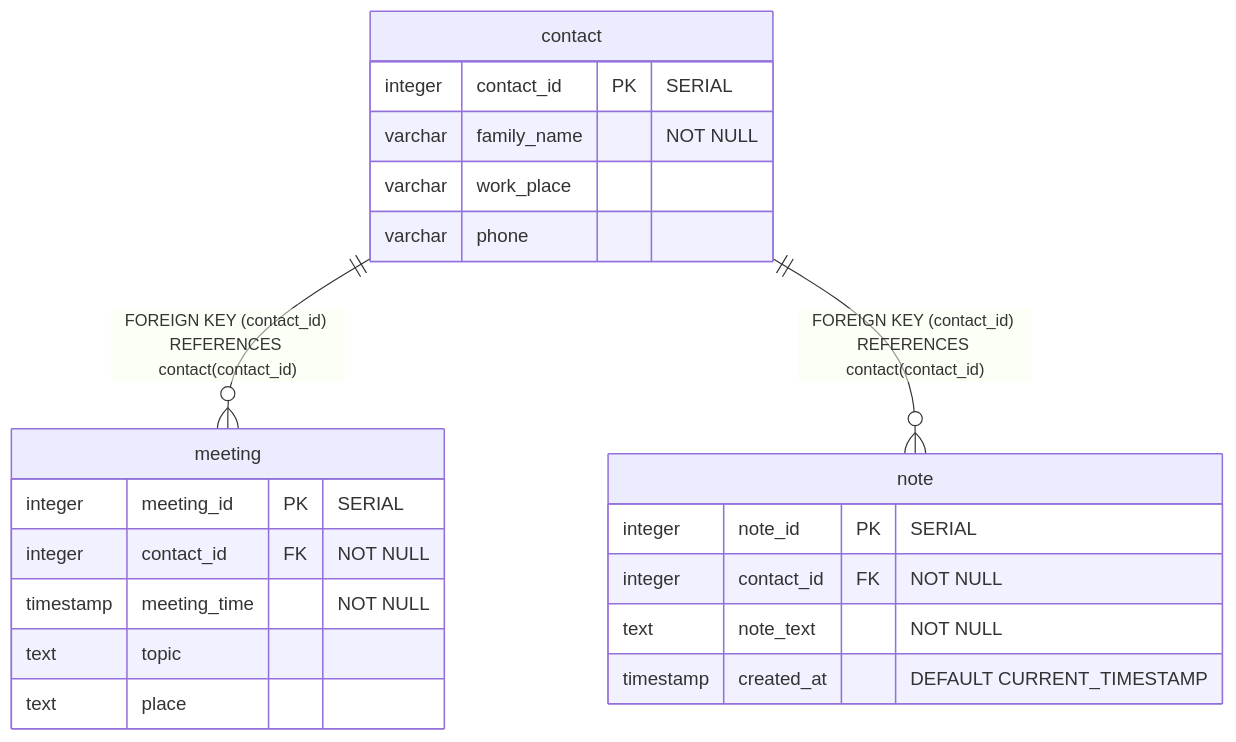
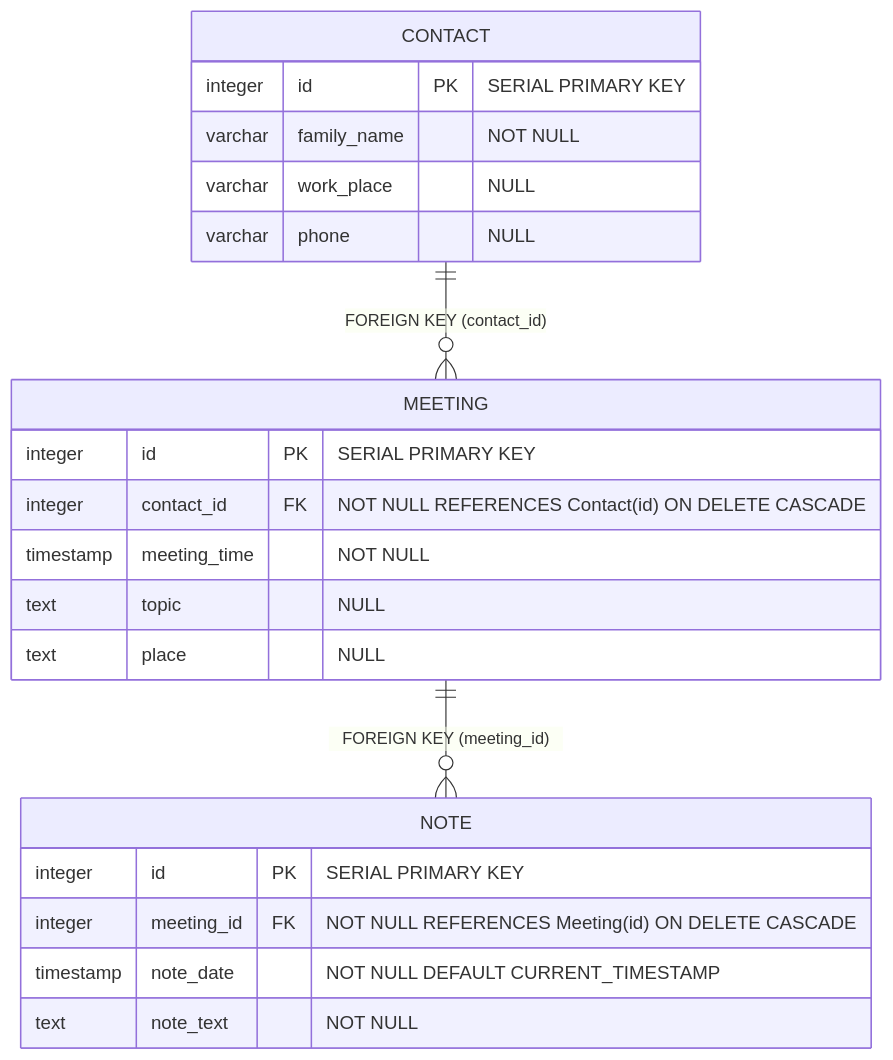
Before and after one commit to eugeneai/lab-db-2025-1: the third of 3 diagrams in README.md, drawn with Mermaid. The commit also changed other lines of this file, not shown here.

````diff
--- a/README.md
+++ b/README.md
@@ -442,27 +223,27 @@
 ```mermaid
 erDiagram
-    contact {
-        integer contact_id PK "SERIAL"
+    CONTACT {
+        integer id PK "SERIAL PRIMARY KEY"
         varchar family_name "NOT NULL"
-        varchar work_place
-        varchar phone
-    }
+        varchar work_place "NULL"
+        varchar phone "NULL"
+        }
     
-    meeting {
-        integer meeting_id PK "SERIAL"
-        integer contact_id FK "NOT NULL"
+    MEETING {
+        integer id PK "SERIAL PRIMARY KEY"
+        integer contact_id FK "NOT NULL REFERENCES Contact(id) ON DELETE CASCADE"
         timestamp meeting_time "NOT NULL"
-        text topic
-        text place
-    }
+        text topic "NULL"
+        text place "NULL"
+        }
     
-    note {
-        integer note_id PK "SERIAL"
-        integer contact_id FK "NOT NULL"
+    NOTE {
+        integer id PK "SERIAL PRIMARY KEY"
+        integer meeting_id FK "NOT NULL REFERENCES Meeting(id) ON DELETE CASCADE"
+        timestamp note_date "NOT NULL DEFAULT CURRENT_TIMESTAMP"
         text note_text "NOT NULL"
-        timestamp created_at "DEFAULT CURRENT_TIMESTAMP"
-    }
+        }
     
-    contact ||--o{ meeting : "FOREIGN KEY (contact_id) REFERENCES contact(contact_id)"
-    contact ||--o{ note : "FOREIGN KEY (contact_id) REFERENCES contact(contact_id)"
+    CONTACT ||--o{ MEETING : "FOREIGN KEY (contact_id)"
+    MEETING ||--o{ NOTE : "FOREIGN KEY (meeting_id)"
 ```
````
